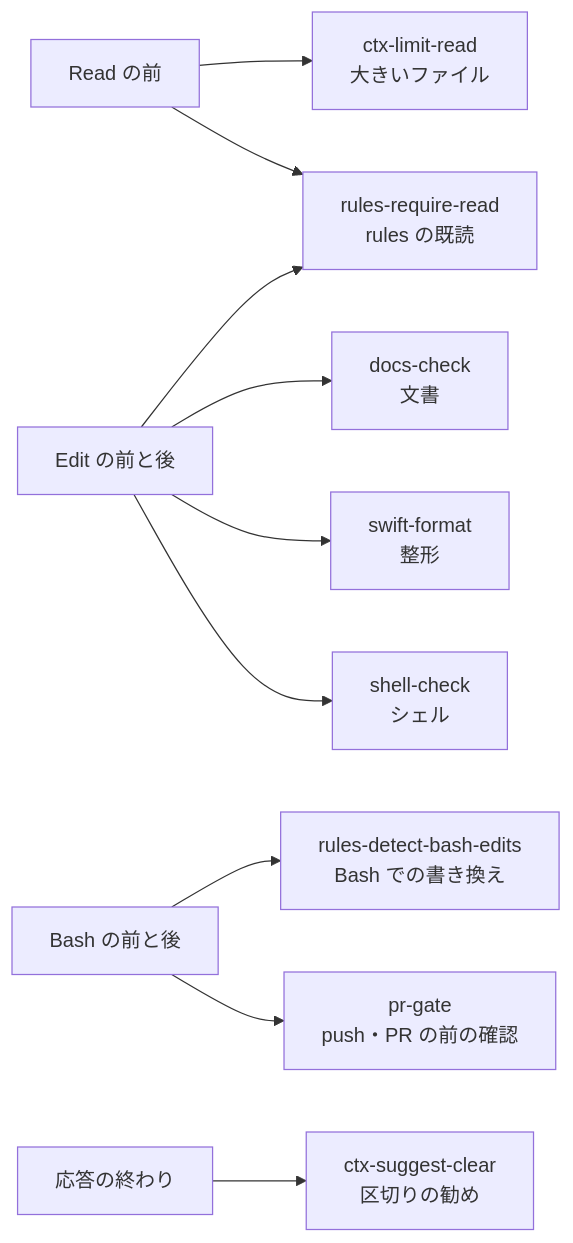
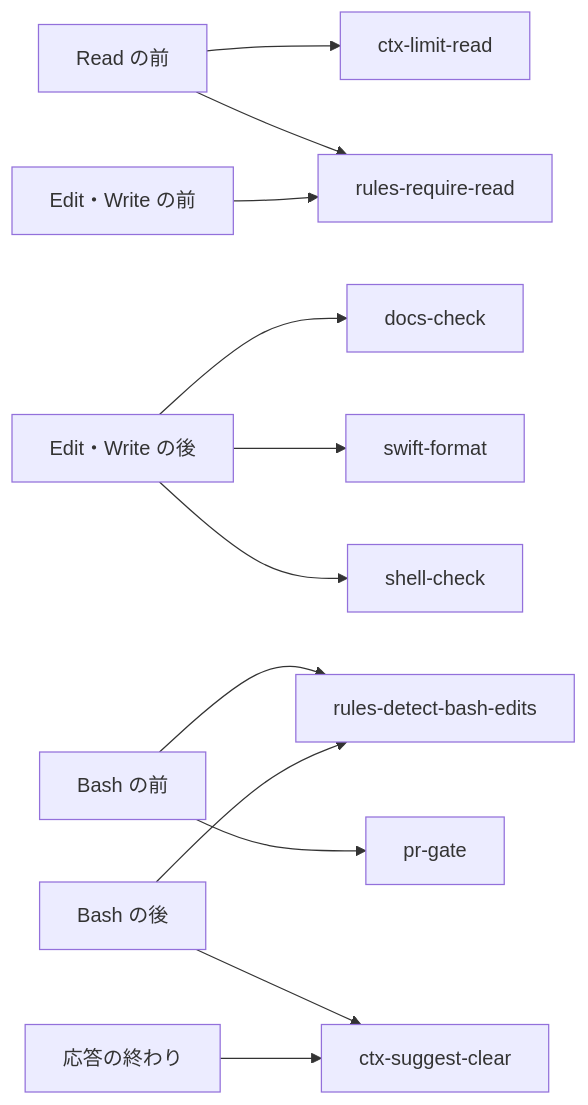
One commit to yossibank/claude-config changed the second of 2 diagrams in README.md. Above: the diagram before and after it, drawn with Mermaid. The commit also changed other lines of this file, not shown here.

````diff
--- a/README.md
+++ b/README.md
@@ -58,12 +129,14 @@
 ```mermaid
 flowchart LR
-    Read["Read の前"] --> guard["ctx-limit-read<br/>大きいファイル"]
-    Read --> load["rules-require-read<br/>rules の既読"]
-    Edit["Edit の前と後"] --> load
-    Edit --> docs["docs-check<br/>文書"]
-    Edit --> swift["swift-format<br/>整形"]
-    Edit --> shell["shell-check<br/>シェル"]
-    Bash["Bash の前と後"] --> edits["rules-detect-bash-edits<br/>Bash での書き換え"]
-    Bash --> pr["pr-gate<br/>push・PR の前の確認"]
-    Stop["応答の終わり"] --> clear["ctx-suggest-clear<br/>区切りの勧め"]
+    readBefore["Read の前"] --> limit["ctx-limit-read"]
+    readBefore --> require["rules-require-read"]
+    editBefore["Edit・Write の前"] --> require
+    editAfter["Edit・Write の後"] --> docs["docs-check"]
+    editAfter --> swift["swift-format"]
+    editAfter --> shell["shell-check"]
+    bashBefore["Bash の前"] --> detect["rules-detect-bash-edits"]
+    bashBefore --> gate["pr-gate"]
+    bashAfter["Bash の後"] --> detect
+    bashAfter --> clear["ctx-suggest-clear"]
+    stop["応答の終わり"] --> clear
 ```
````
